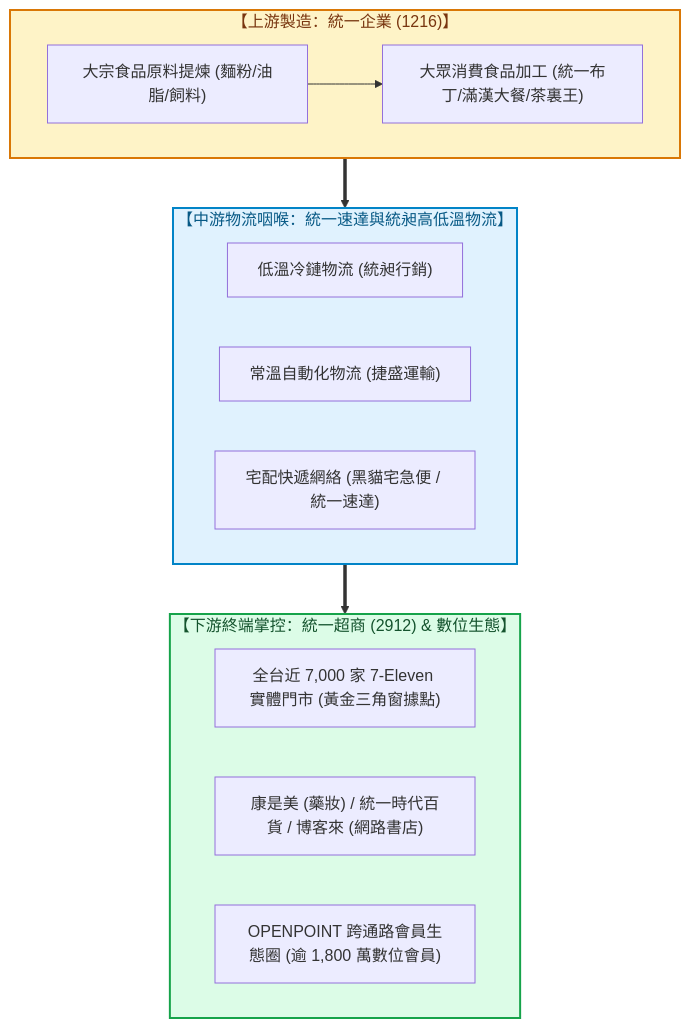
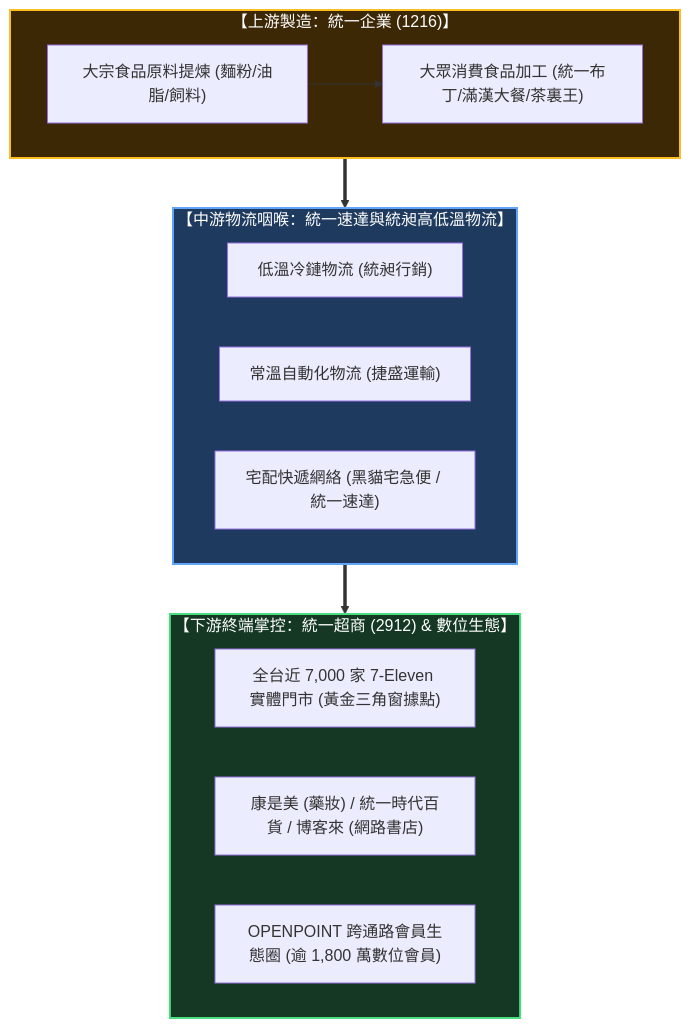
The sixth of 6 diagrams in src/site/notes/98_商業概念庫/value-system_產業價值體系.md (Jimlin0428/my-digital-garden), drawn with Mermaid before and after one commit. The commit also changed other lines of this file and 58 other files, not shown here.

````diff
--- a/src/site/notes/98_商業概念庫/value-system_產業價值體系.md
+++ b/src/site/notes/98_商業概念庫/value-system_產業價值體系.md
@@ -427,24 +421,24 @@
 ```mermaid
 flowchart TD
     subgraph UpstreamMFR ["【上游製造：統一企業 (1216)】"]
         M1["大宗食品原料提煉 (麵粉/油脂/飼料)"] --> M2["大眾消費食品加工 (統一布丁/滿漢大餐/茶裏王)"]
     end
 
     subgraph LogisticsThroat ["【中游物流咽喉：統一速達與統昶高低溫物流】"]
         L1["低溫冷鏈物流 (統昶行銷)"]
         L2["常溫自動化物流 (捷盛運輸)"]
         L3["宅配快遞網絡 (黑貓宅急便 / 統一速達)"]
     end
 
     subgraph RetailChannel ["【下游終端掌控：統一超商 (2912) & 數位生態】"]
         C1["全台近 7,000 家 7-Eleven 實體門市 (黃金三角窗據點)"]
         C2["康是美 (藥妝) / 統一時代百貨 / 博客來 (網路書店)"]
         C3["OPENPOINT 跨通路會員生態圈 (逾 1,800 萬數位會員)"]
     end
 
     UpstreamMFR ==> LogisticsThroat ==> RetailChannel
 
-    style UpstreamMFR fill:#fef3c7,stroke:#d97706,stroke-width:2px,color:#78350f
-    style LogisticsThroat fill:#e0f2fe,stroke:#0284c7,stroke-width:2px,color:#075985
-    style RetailChannel fill:#dcfce7,stroke:#16a34a,stroke-width:2px,color:#14532d
+    style UpstreamMFR fill:#3d2806,stroke:#fbbf24,stroke-width:2px,color:#ffffff
+    style LogisticsThroat fill:#1e3a5f,stroke:#60a5fa,stroke-width:2px,color:#ffffff
+    style RetailChannel fill:#143823,stroke:#4ade80,stroke-width:2px,color:#ffffff
 ```
````
